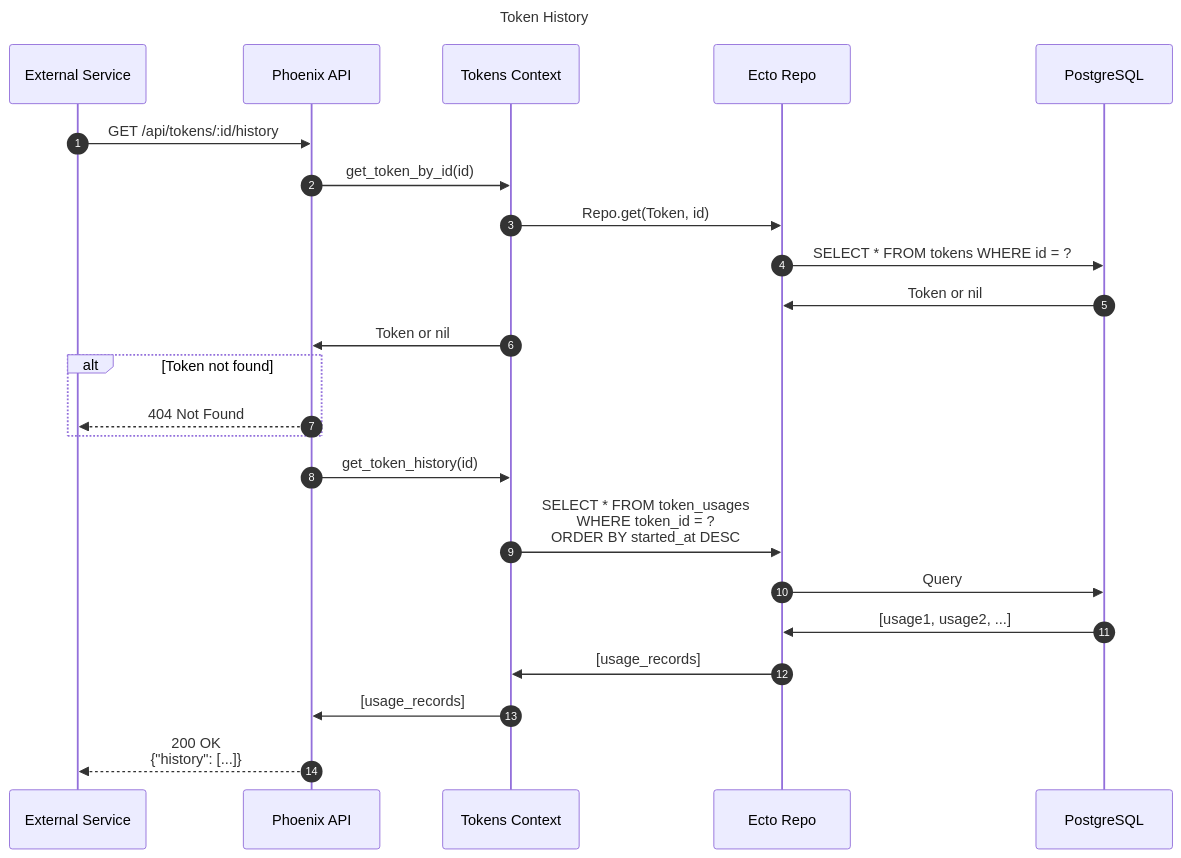
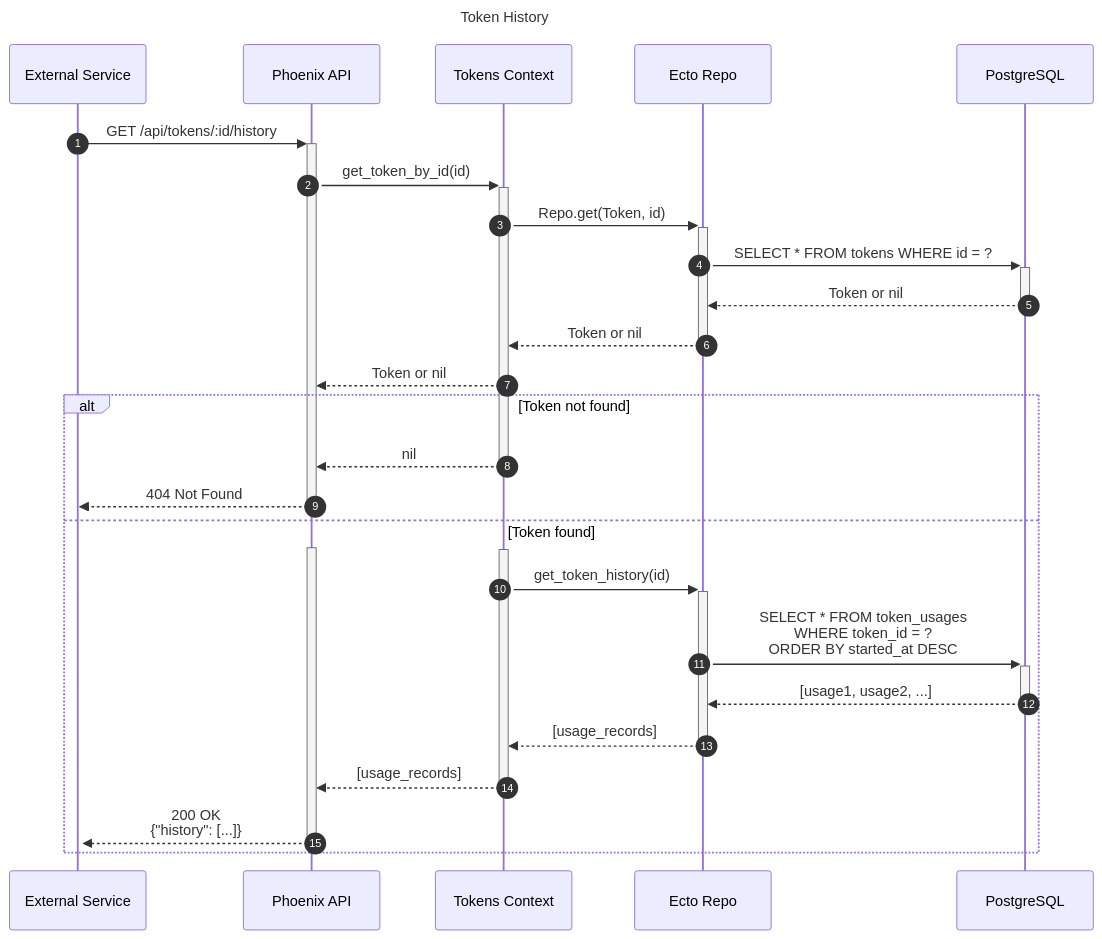
Before and after one commit to helderbarboza/token_guard: the fourth of 6 diagrams in README.md, drawn with Mermaid. The commit also changed other lines of this file, not shown here.

Commit message:
docs: fix diagrams

````diff
--- a/README.md
+++ b/README.md
@@ -381,31 +390,34 @@
 ```mermaid
 sequenceDiagram
     title Token History
     autonumber
     participant Client as External Service
     participant API as Phoenix API
     participant Tokens as Tokens Context
     participant Repo as Ecto Repo
     participant DB as PostgreSQL
 
-    Client->>API: GET /api/tokens/:id/history
+    Client->>+API: GET /api/tokens/:id/history
     
-    API->>Tokens: get_token_by_id(id)
-    Tokens->>Repo: Repo.get(Token, id)
-    Repo->>DB: SELECT * FROM tokens WHERE id = ?
-    DB->>Repo: Token or nil
-    Tokens->>API: Token or nil
+    API->>+Tokens: get_token_by_id(id)
+    Tokens->>+Repo: Repo.get(Token, id)
+    Repo->>+DB: SELECT * FROM tokens WHERE id = ?
+    DB-->>-Repo: Token or nil
+    Repo-->>-Tokens: Token or nil
+    Tokens-->>API: Token or nil
     
     alt Token not found
-        API-->>Client: 404 Not Found
+        Tokens-->>-API: nil
+        API-->>-Client: 404 Not Found
+    else Token found
+				activate API
+				activate Client
+				activate Tokens
+        Tokens->>+Repo: get_token_history(id)
+        Repo->>+DB: SELECT * FROM token_usages<br/>WHERE token_id = ?<br/>ORDER BY started_at DESC
+        DB-->>-Repo: [usage1, usage2, ...]
+        Repo-->>-Tokens: [usage_records]
+        Tokens-->>-API: [usage_records]
+        API-->>-Client: 200 OK<br/>{"history": [...]}
     end
-    
-    API->>Tokens: get_token_history(id)
-    Tokens->>Repo: SELECT * FROM token_usages<br/>WHERE token_id = ?<br/>ORDER BY started_at DESC
-    Repo->>DB: Query
-    DB->>Repo: [usage1, usage2, ...]
-    Repo->>Tokens: [usage_records]
-    Tokens->>API: [usage_records]
-    
-    API-->>Client: 200 OK<br/>{"history": [...]}
 ```
````
